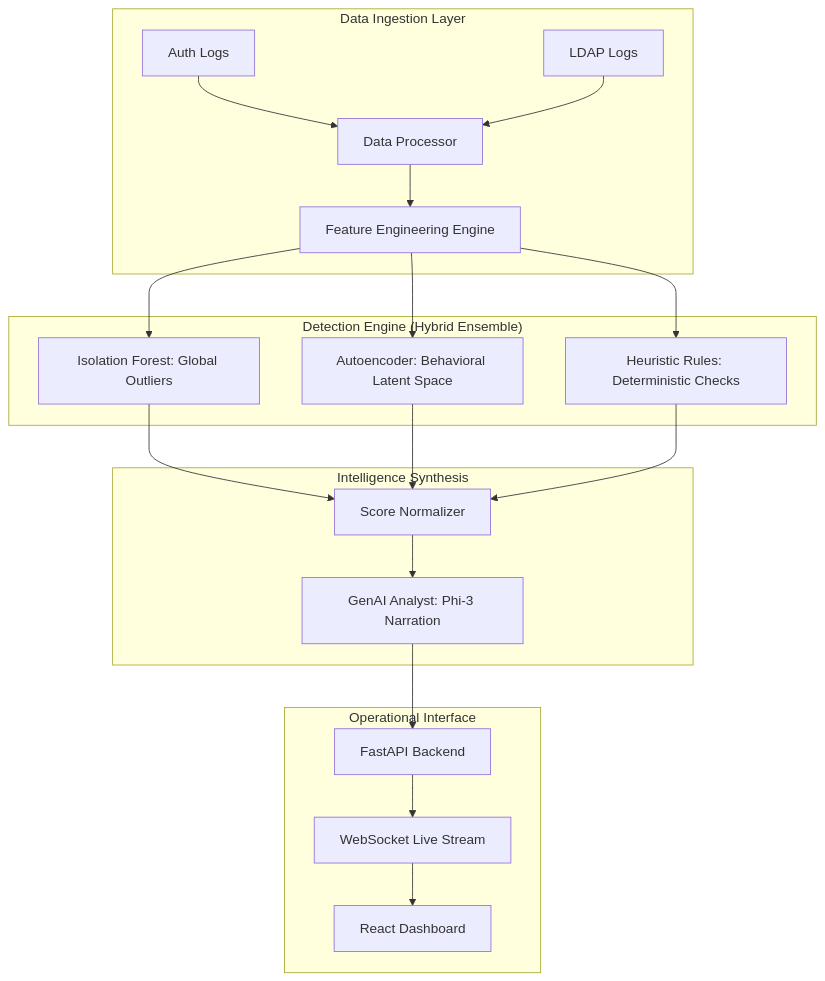
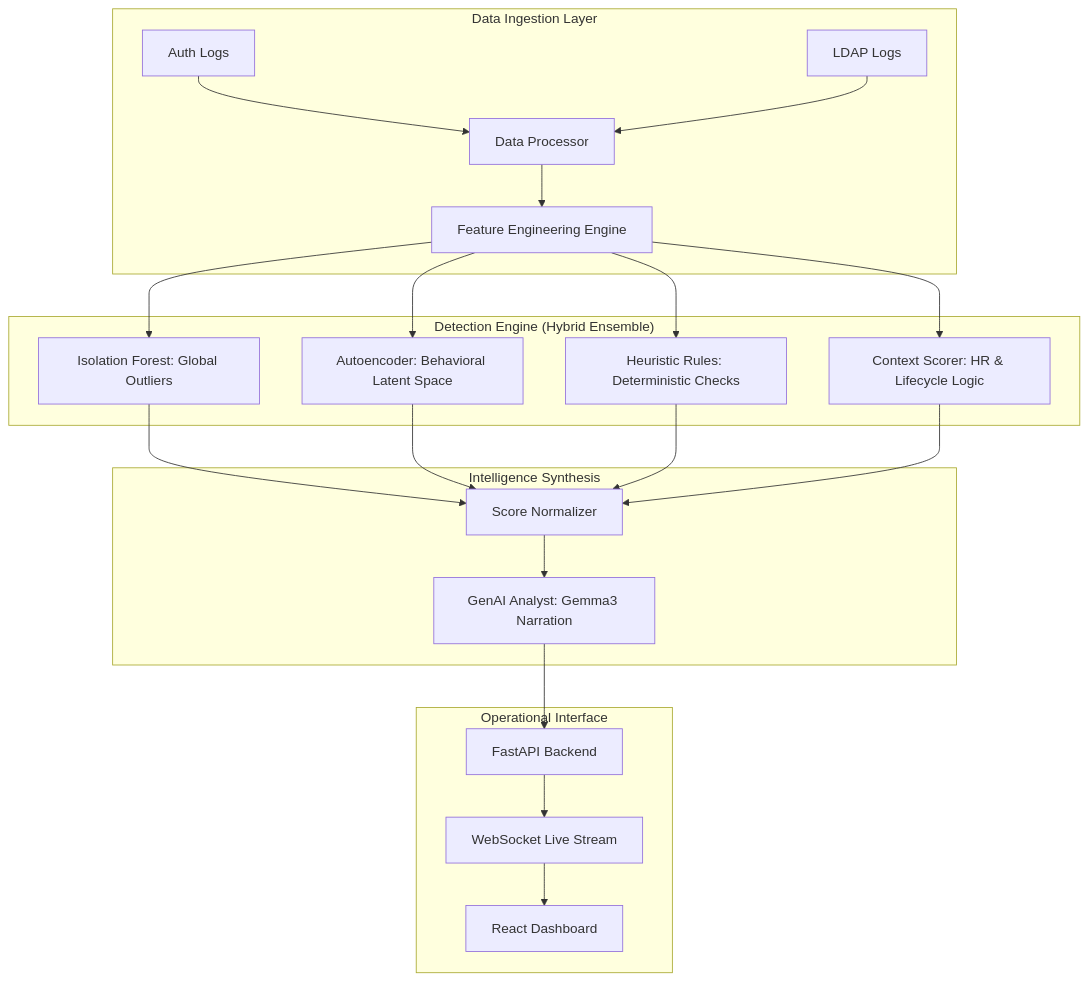
One commit to Pranavar90/isrl changed the first of 2 diagrams in README.md. Above: the diagram before and after it, drawn with Mermaid. The commit also changed other lines of this file and 14 other files, not shown here.

````diff
--- a/README.md
+++ b/README.md
@@ -11,27 +11,29 @@
 ```mermaid
 graph TD
     subgraph "Data Ingestion Layer"
         AL[Auth Logs] --> DP[Data Processor]
         LL[LDAP Logs] --> DP
         DP --> FE[Feature Engineering Engine]
     end
 
     subgraph "Detection Engine (Hybrid Ensemble)"
         FE --> IF[Isolation Forest: Global Outliers]
         FE --> AE[Autoencoder: Behavioral Latent Space]
         FE --> HR[Heuristic Rules: Deterministic Checks]
+        FE --> CS[Context Scorer: HR & Lifecycle Logic]
     end
 
     subgraph "Intelligence Synthesis"
         IF --> SN[Score Normalizer]
         AE --> SN
         HR --> SN
-        SN --> GA[GenAI Analyst: Phi-3 Narration]
+        CS --> SN
+        SN --> GA[GenAI Analyst: Gemma3 Narration]
     end
 
     subgraph "Operational Interface"
         GA --> API[FastAPI Backend]
         API --> WS[WebSocket Live Stream]
         WS --> UI[React Dashboard]
     end
 ```
````
